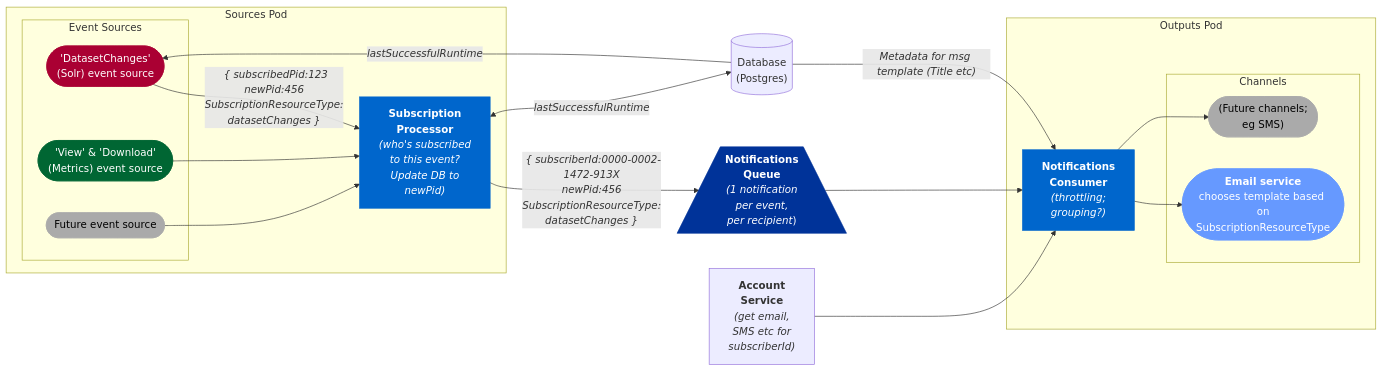
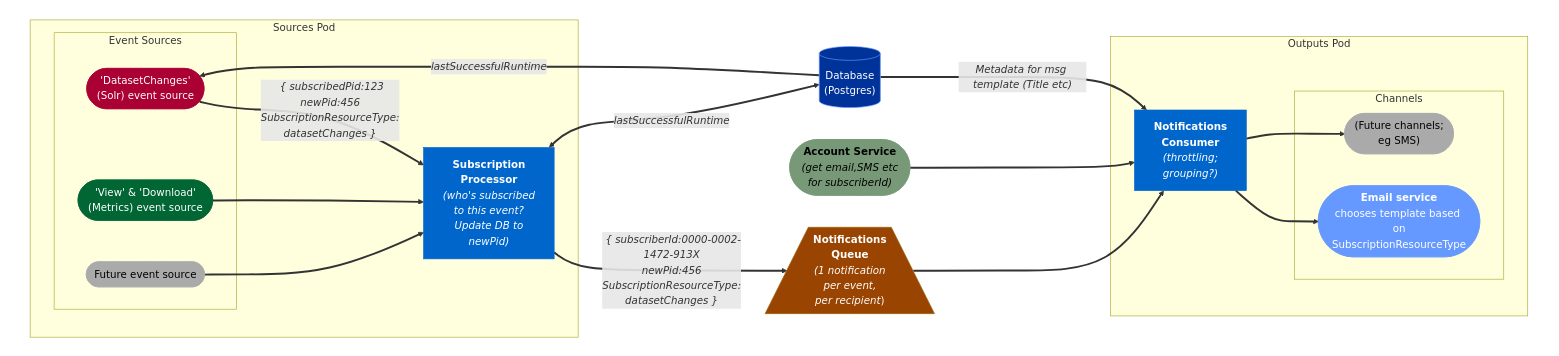
The diagram in docs/architecture.mmd (DataONEorg/notification-service), drawn with Mermaid before and after one commit.

Commit message:
update background, labeling, and edge thicknesses

```diff
--- a/docs/architecture.mmd
+++ b/docs/architecture.mmd
@@ -1,44 +1,51 @@
 flowchart LR
+subgraph background[" "]
+    direction LR
     subgraph "Sources Pod"
         subgraph "Event Sources"
-            A(["'DatasetChanges'<br/>(Solr) event source"])
-            B(["'View' & 'Download'<br/>(Metrics) event source"])
-            H(["Future event source"])
+            ds-src(["'DatasetChanges'<br/>(Solr) event source"])
+            mtrx-src(["'View' & 'Download'<br/>(Metrics) event source"])
+            fut-src(["Future event source"])
         end
-        C["<b>Subscription<br/>Processor</b><br/><em>(who's subscribed<br/>to this event?<br/>Update DB to
+        subs-proc["<b>Subscription<br/>Processor</b><br/><em>(who's subscribed<br/>to this event?<br/>Update DB to
         newPid)</em>"]
     end
-    D["<b>Notifications<br/>Queue</b><br/><em>(1 notification<br/>per event,<br/>per recipient</em>)
+    Q["<b>Notifications<br/>Queue</b><br/><em>(1 notification<br/>per event,<br/>per recipient</em>)
     "]@{ shape: trapezoid-bottom }
     subgraph "Outputs Pod"
-        E["<b>Notifications<br/>Consumer</b><br/><em>(throttling;<br/>grouping?)</em>"]
+        consumer["<b>Notifications<br/>Consumer</b><br/><em>(throttling;<br/>grouping?)</em>"]
         subgraph Channels
-            F(["<b>Email service</b><br/>chooses template based on<br/>SubscriptionResourceType"])
-            G(["(Future channels;<br/>eg SMS)"])
+            email-svc(["<b>Email service</b><br/>chooses template based on<br/>SubscriptionResourceType"])
+            fut-channel(["(Future channels;<br/>eg SMS)"])
         end
     end
-    I["Database<br/>(Postgres)"]@{ shape: cylinder }
-    J["<b>Account<br/>Service</b><br/><em>(get email,<br/>SMS etc for<br/>subscriberId)</em>"]
+    DB["Database<br/>(Postgres)"]@{ shape: cylinder }
+    account-svc(["<b>Account Service</b><br/><em>(get email,SMS etc<br/>for subscriberId)</em>"])
 
-    A -- <em> { subscribedPid:123<br/>newPid:456<br/>SubscriptionResourceType:
-datasetChanges }</em> --> C
-    B --> C
-    C -- <em> { subscriberId:0000-0002-1472-913X<br/>newPid:456<br/>SubscriptionResourceType:
-datasetChanges }</em> --> D
-    D --> E
-    E --> F
-    J --> E
-    E --> G
-    H --> C
-    C <-- <em>lastSuccessfulRuntime</em> --> I
-    I -- <em>lastSuccessfulRuntime</em> --> A
-    I -- <em>Metadata for msg template (Title etc)</em> --> E
+    ds-src -- <em> { subscribedPid:123<br/>newPid:456<br/>SubscriptionResourceType:
+datasetChanges }</em> --> subs-proc
+    mtrx-src --> subs-proc
+    subs-proc -- <em> { subscriberId:0000-0002-1472-913X<br/>newPid:456<br/>SubscriptionResourceType:
+datasetChanges }</em> --> Q
+    Q --> consumer
+    consumer --> email-svc
+    account-svc --> consumer
+    consumer --> fut-channel
+    fut-src --> subs-proc
+    subs-proc <-- <em>lastSuccessfulRuntime</em> --> DB
+    DB -- <em>lastSuccessfulRuntime</em> --> ds-src
+    DB -- <em>Metadata for msg template (Title etc)</em> --> consumer
+end
 
-    style A color:#FFFFFF, stroke:#AA0033, fill:#AA0033
-    style B color:#FFFFFF, stroke:#006633, fill:#006633
-    style C color:#FFFFFF, stroke:#0066CC, fill:#0066CC
-    style D color:#FFFFFF, stroke:#003399, fill:#003399
-    style E color:#FFFFFF, stroke:#0066CC, fill:#0066CC
-    style F color:#FFFFFF, stroke:#6699FF, fill:#6699FF
-    style G color:#000000, stroke:#aaaaaa, fill:#aaaaaa
-    style H color:#000000, stroke:#aaaaaa, fill:#aaaaaa
+style background fill:#ffffff,stroke:none
+linkStyle default stroke-width:3px
+style ds-src color:#FFFFFF, stroke:#AA0033, fill:#AA0033
+style mtrx-src color:#FFFFFF, stroke:#006633, fill:#006633
+style subs-proc color:#FFFFFF, stroke:#0066CC, fill:#0066CC
+style Q color:#FFFFFF, stroke:#996600, fill:#994400
+style consumer color:#FFFFFF, stroke:#0066CC, fill:#0066CC
+style email-svc color:#FFFFFF, stroke:#6699FF, fill:#6699FF
+style fut-channel color:#000000, stroke:#aaaaaa, fill:#aaaaaa
+style fut-src color:#000000, stroke:#aaaaaa, fill:#aaaaaa
+style DB color:#FFFFFF, stroke:#6699FF, fill:#003399
+style account-svc color:#000000, stroke:#779977, fill:#779977
```
